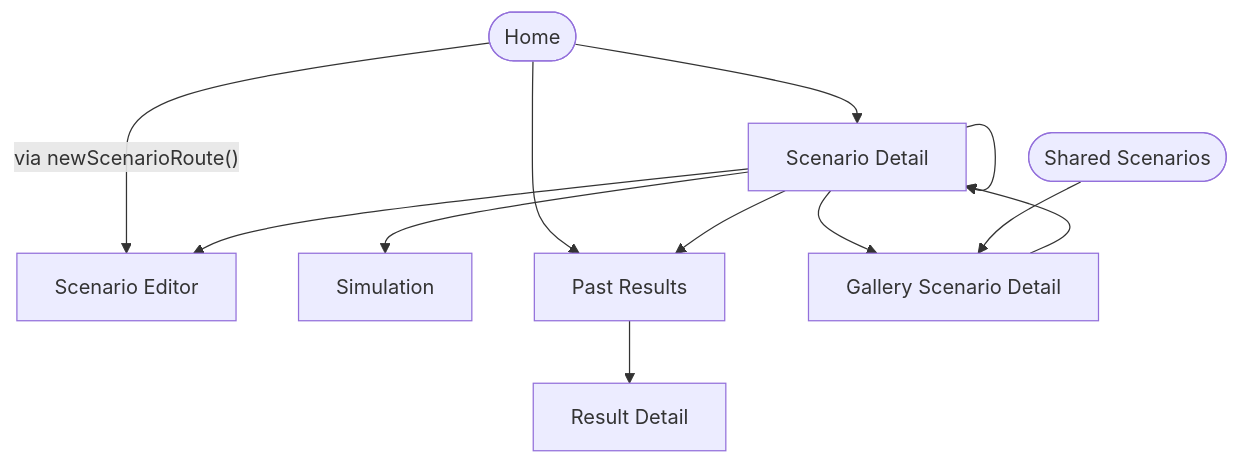
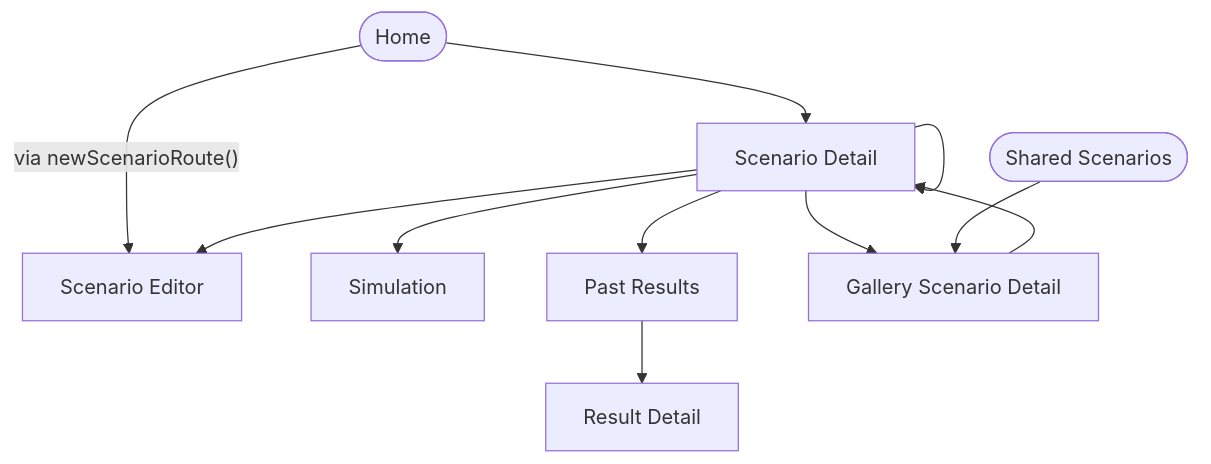
Before and after one commit to tyabu12/pastura: the diagram in docs/design/navigation-map.md, drawn with Mermaid. The commit also changed other lines of this file, not shown here.

````diff
--- a/docs/design/navigation-map.md
+++ b/docs/design/navigation-map.md
@@ -14,22 +14,21 @@
 ```mermaid
 flowchart TD
   home([Home])
   sharedScenarios([Shared Scenarios])
   scenarioDetail["Scenario Detail"]
   editor["Scenario Editor"]
   simulation["Simulation"]
   results["Past Results"]
   resultDetail["Result Detail"]
   galleryScenarioDetail["Gallery Scenario Detail"]
   galleryScenarioDetail --> scenarioDetail
   home -->|"via newScenarioRoute()"| editor
-  home --> results
   home --> scenarioDetail
   results --> resultDetail
   scenarioDetail --> editor
   scenarioDetail --> galleryScenarioDetail
   scenarioDetail --> results
   scenarioDetail --> scenarioDetail
   scenarioDetail --> simulation
   sharedScenarios --> galleryScenarioDetail
 ```
````
